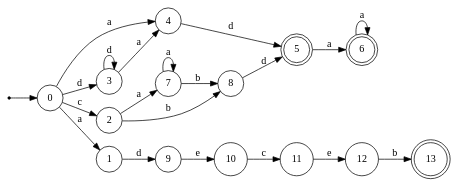
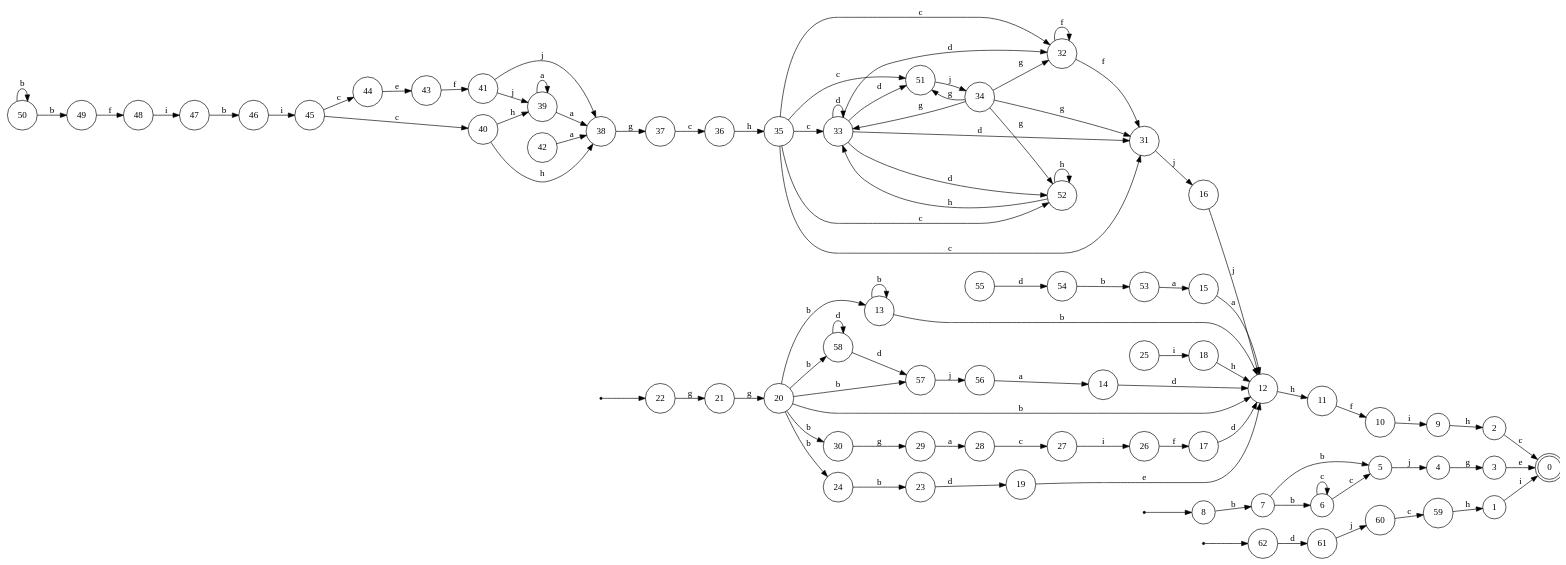
Before and after one commit to LeonardoDeFaveri/NFA-minimization: the diagram in nfa.gv, drawn with Graphviz. The commit also changed 15 other files, not shown here.

```diff
--- a/nfa.gv
+++ b/nfa.gv
@@ -1,39 +1,163 @@
 digraph {
 	rankdir = LR;
 	size = "30,20";
 	node [shape = point]; "dummy0"
-	node [shape = circle]; "0"
-	"dummy0" -> "0";
+	node [shape = circle]; "62"
+	"dummy0" -> "62";
+	node [shape = point]; "dummy1"
+	node [shape = circle]; "22"
+	"dummy1" -> "22";
+	node [shape = point]; "dummy2"
+	node [shape = circle]; "8"
+	"dummy2" -> "8";
+	node [shape = circle]; "35";
+	node [shape = circle]; "53";
+	node [shape = circle]; "49";
+	node [shape = circle]; "38";
+	node [shape = circle]; "61";
+	node [shape = circle]; "43";
+	node [shape = circle]; "2";
+	node [shape = circle]; "50";
+	node [shape = circle]; "21";
+	node [shape = circle]; "3";
+	node [shape = circle]; "36";
+	node [shape = circle]; "11";
+	node [shape = doublecircle]; "0";
+	node [shape = circle]; "15";
+	node [shape = circle]; "23";
+	node [shape = circle]; "58";
+	node [shape = circle]; "9";
+	node [shape = circle]; "7";
+	node [shape = circle]; "25";
+	node [shape = circle]; "60";
+	node [shape = circle]; "33";
+	node [shape = circle]; "51";
+	node [shape = circle]; "59";
+	node [shape = circle]; "18";
+	node [shape = circle]; "55";
+	node [shape = circle]; "54";
+	node [shape = circle]; "28";
+	node [shape = circle]; "41";
+	node [shape = circle]; "32";
+	node [shape = circle]; "13";
+	node [shape = circle]; "56";
+	node [shape = circle]; "57";
+	node [shape = circle]; "5";
+	node [shape = circle]; "40";
+	node [shape = circle]; "16";
+	node [shape = circle]; "4";
+	node [shape = circle]; "26";
+	node [shape = circle]; "42";
+	node [shape = circle]; "6";
+	node [shape = circle]; "27";
+	node [shape = circle]; "12";
+	node [shape = circle]; "31";
+	node [shape = circle]; "37";
+	node [shape = circle]; "14";
+	node [shape = circle]; "1";
+	node [shape = circle]; "30";
+	node [shape = circle]; "52";
+	node [shape = circle]; "46";
+	node [shape = circle]; "29";
+	node [shape = circle]; "44";
+	node [shape = circle]; "48";
+	node [shape = circle]; "20";
+	node [shape = circle]; "24";
+	node [shape = circle]; "47";
+	node [shape = circle]; "39";
+	node [shape = circle]; "34";
+	node [shape = circle]; "17";
+	node [shape = circle]; "19";
 	node [shape = circle]; "10";
-	node [shape = circle]; "11";
-	node [shape = circle]; "7";
-	node [shape = doublecircle]; "5";
-	node [shape = doublecircle]; "6";
-	node [shape = circle]; "3";
-	node [shape = circle]; "12";
-	node [shape = circle]; "9";
-	node [shape = doublecircle]; "13";
-	node [shape = circle]; "8";
-	node [shape = circle]; "2";
-	node [shape = circle]; "1";
-	node [shape = circle]; "4";
-	"7" -> "7" [label = "a"];
-	"7" -> "8" [label = "b"];
-	"3" -> "3" [label = "d"];
-	"3" -> "4" [label = "a"];
-	"5" -> "6" [label = "a"];
-	"0" -> "2" [label = "c"];
-	"0" -> "3" [label = "d"];
-	"0" -> "4" [label = "a"];
-	"0" -> "1" [label = "a"];
-	"6" -> "6" [label = "a"];
-	"8" -> "5" [label = "d"];
-	"4" -> "5" [label = "d"];
-	"1" -> "9" [label = "d"];
-	"9" -> "10" [label = "e"];
-	"10" -> "11" [label = "c"];
-	"11" -> "12" [label = "e"];
-	"12" -> "13" [label = "b"];
-	"2" -> "8" [label = "b"];
-	"2" -> "7" [label = "a"];
+	node [shape = circle]; "45";
+	"51" -> "34" [label = "j"];
+	"1" -> "0" [label = "i"];
+	"42" -> "38" [label = "a"];
+	"28" -> "27" [label = "c"];
+	"59" -> "1" [label = "h"];
+	"13" -> "13" [label = "b"];
+	"13" -> "12" [label = "b"];
+	"49" -> "48" [label = "f"];
+	"12" -> "11" [label = "h"];
+	"16" -> "12" [label = "j"];
+	"44" -> "43" [label = "e"];
+	"36" -> "35" [label = "h"];
+	"55" -> "54" [label = "d"];
+	"4" -> "3" [label = "g"];
+	"7" -> "6" [label = "b"];
+	"7" -> "5" [label = "b"];
+	"27" -> "26" [label = "i"];
+	"58" -> "58" [label = "d"];
+	"58" -> "57" [label = "d"];
+	"24" -> "23" [label = "b"];
+	"43" -> "41" [label = "f"];
+	"35" -> "31" [label = "c"];
+	"35" -> "52" [label = "c"];
+	"35" -> "32" [label = "c"];
+	"35" -> "51" [label = "c"];
+	"35" -> "33" [label = "c"];
+	"53" -> "15" [label = "a"];
+	"18" -> "12" [label = "h"];
+	"11" -> "10" [label = "f"];
+	"30" -> "29" [label = "g"];
+	"34" -> "52" [label = "g"];
+	"34" -> "31" [label = "g"];
+	"34" -> "32" [label = "g"];
+	"34" -> "51" [label = "g"];
+	"34" -> "33" [label = "g"];
+	"2" -> "0" [label = "c"];
+	"39" -> "38" [label = "a"];
+	"39" -> "39" [label = "a"];
+	"10" -> "9" [label = "i"];
+	"37" -> "36" [label = "c"];
+	"54" -> "53" [label = "b"];
+	"17" -> "12" [label = "d"];
+	"29" -> "28" [label = "a"];
+	"22" -> "21" [label = "g"];
+	"46" -> "45" [label = "i"];
+	"32" -> "32" [label = "f"];
+	"32" -> "31" [label = "f"];
+	"26" -> "17" [label = "f"];
+	"3" -> "0" [label = "e"];
+	"31" -> "16" [label = "j"];
+	"56" -> "14" [label = "a"];
+	"41" -> "39" [label = "j"];
+	"41" -> "38" [label = "j"];
+	"5" -> "4" [label = "j"];
+	"14" -> "12" [label = "d"];
+	"52" -> "52" [label = "h"];
+	"52" -> "33" [label = "h"];
+	"40" -> "39" [label = "h"];
+	"40" -> "38" [label = "h"];
+	"50" -> "50" [label = "b"];
+	"50" -> "49" [label = "b"];
+	"61" -> "60" [label = "j"];
+	"19" -> "12" [label = "e"];
+	"47" -> "46" [label = "b"];
+	"9" -> "2" [label = "h"];
+	"6" -> "6" [label = "c"];
+	"6" -> "5" [label = "c"];
+	"57" -> "56" [label = "j"];
+	"15" -> "12" [label = "a"];
+	"25" -> "18" [label = "i"];
+	"21" -> "20" [label = "g"];
+	"8" -> "7" [label = "b"];
+	"23" -> "19" [label = "d"];
+	"48" -> "47" [label = "i"];
+	"60" -> "59" [label = "c"];
+	"62" -> "61" [label = "d"];
+	"33" -> "33" [label = "d"];
+	"33" -> "52" [label = "d"];
+	"33" -> "31" [label = "d"];
+	"33" -> "32" [label = "d"];
+	"33" -> "51" [label = "d"];
+	"45" -> "44" [label = "c"];
+	"45" -> "40" [label = "c"];
+	"20" -> "13" [label = "b"];
+	"20" -> "57" [label = "b"];
+	"20" -> "24" [label = "b"];
+	"20" -> "58" [label = "b"];
+	"20" -> "30" [label = "b"];
+	"20" -> "12" [label = "b"];
+	"38" -> "37" [label = "g"];
 }
```
